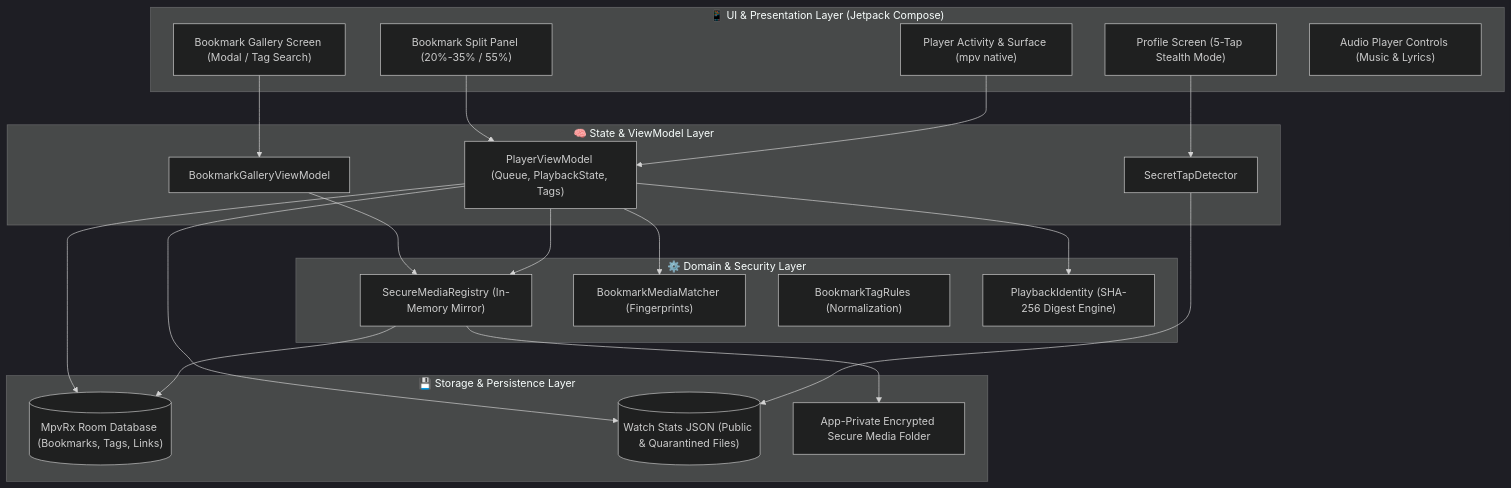
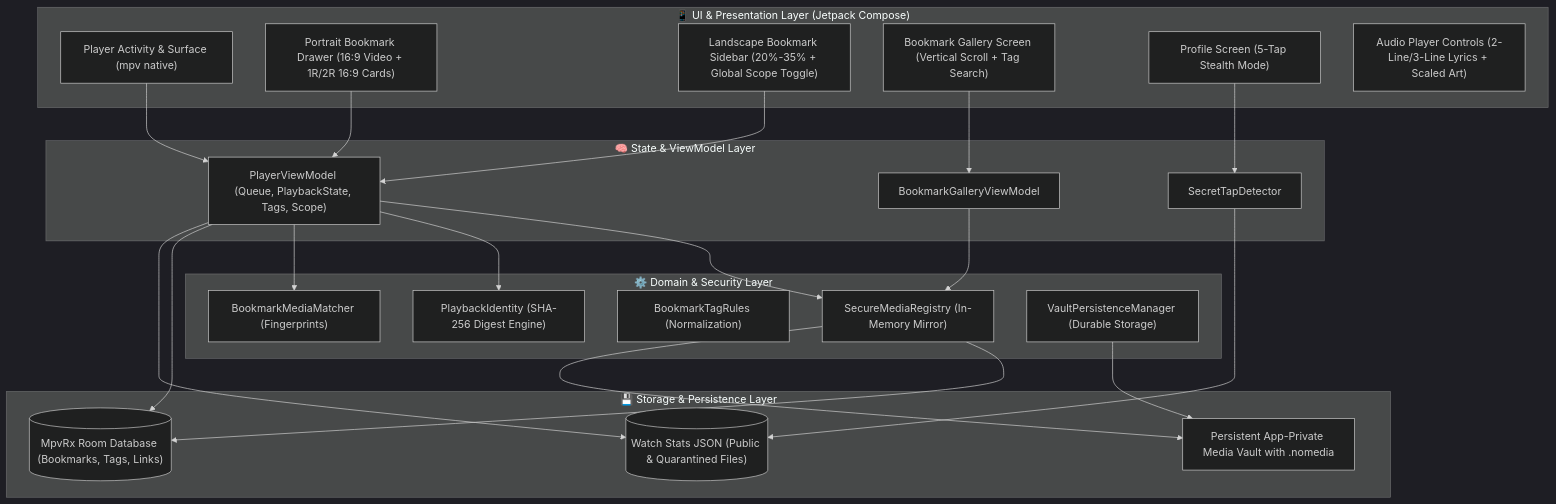
Before and after one commit to Mostakim2005/mpvRx: the first of 3 diagrams in docs/ARCHITECTURE.md, drawn with Mermaid (dark theme). The commit also changed other lines of this file and 7 other files, not shown here.

````diff
--- a/docs/ARCHITECTURE.md
+++ b/docs/ARCHITECTURE.md
@@ -6,45 +6,49 @@
 ```mermaid
 flowchart TB
     subgraph UI["📱 UI & Presentation Layer (Jetpack Compose)"]
         PlayerView["Player Activity & Surface (mpv native)"]
-        BookmarkDrawer["Bookmark Split Panel (20%-35% / 55%)"]
-        GalleryModal["Bookmark Gallery Screen (Modal / Tag Search)"]
+        PortraitDrawer["Portrait Bookmark Drawer (16:9 Video + 1R/2R 16:9 Cards)"]
+        LandscapeSidebar["Landscape Bookmark Sidebar (20%-35% + Global Scope Toggle)"]
+        GalleryModal["Bookmark Gallery Screen (Vertical Scroll + Tag Search)"]
         ProfileSec["Profile Screen (5-Tap Stealth Mode)"]
-        AudioUI["Audio Player Controls (Music & Lyrics)"]
+        AudioUI["Audio Player Controls (2-Line/3-Line Lyrics + Scaled Art)"]
     end
 
     subgraph State["🧠 State & ViewModel Layer"]
-        PlayerVM["PlayerViewModel (Queue, PlaybackState, Tags)"]
+        PlayerVM["PlayerViewModel (Queue, PlaybackState, Tags, Scope)"]
         GalleryVM["BookmarkGalleryViewModel"]
         SecDetector["SecretTapDetector"]
     end
 
     subgraph Domain["⚙️ Domain & Security Layer"]
         Registry["SecureMediaRegistry (In-Memory Mirror)"]
         Matcher["BookmarkMediaMatcher (Fingerprints)"]
         TagRules["BookmarkTagRules (Normalization)"]
         Identity["PlaybackIdentity (SHA-256 Digest Engine)"]
+        Persistence["VaultPersistenceManager (Durable Storage)"]
     end
 
     subgraph Data["💾 Storage & Persistence Layer"]
         RoomDB[("MpvRx Room Database (Bookmarks, Tags, Links)")]
         WatchStats[("Watch Stats JSON (Public & Quarantined Files)")]
-        SecureVault["App-Private Encrypted Secure Media Folder"]
+        SecureVault["Persistent App-Private Media Vault with .nomedia"]
     end
 
     PlayerView --> PlayerVM
-    BookmarkDrawer --> PlayerVM
+    PortraitDrawer --> PlayerVM
+    LandscapeSidebar --> PlayerVM
     GalleryModal --> GalleryVM
     ProfileSec --> SecDetector
 
     PlayerVM --> Registry
     PlayerVM --> Identity
     PlayerVM --> Matcher
     GalleryVM --> Registry
     SecDetector --> WatchStats
 
     Registry --> RoomDB
     Registry --> SecureVault
+    Persistence --> SecureVault
     PlayerVM --> RoomDB
     PlayerVM --> WatchStats
 ```
````
